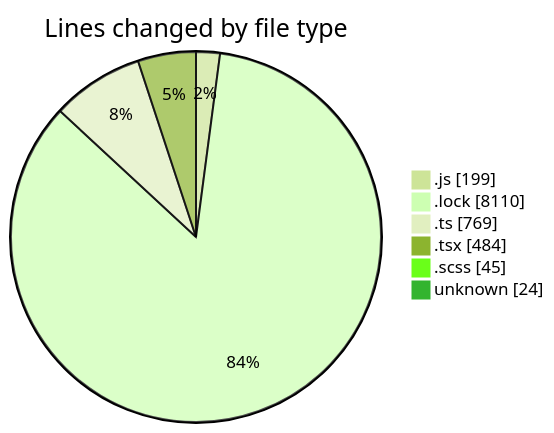
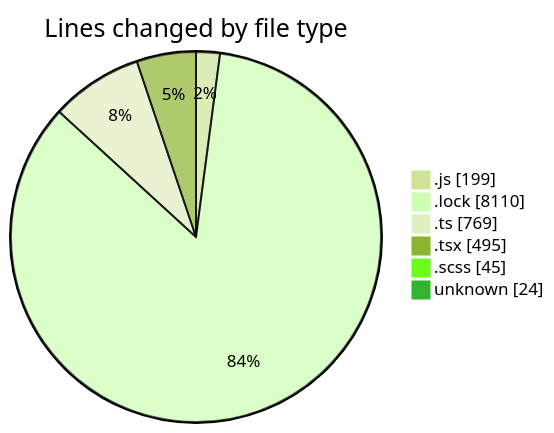
One commit to momahboobian/code-tracking changed the first of 2 diagrams in 2025-02-07/cda/README.md. Above: the diagram before and after it, drawn with Mermaid (forest theme). The commit also changed other lines of this file and 1 other file, not shown here.

````diff
--- a/2025-02-07/cda/README.md
+++ b/2025-02-07/cda/README.md
@@ -48,10 +48,10 @@
 ```mermaid
 pie showData
 title Lines changed by file type
 ".js" : 199
 ".lock" : 8110
 ".ts" : 769
-".tsx" : 484
+".tsx" : 495
 ".scss" : 45
 "unknown" : 24
 ```
````
